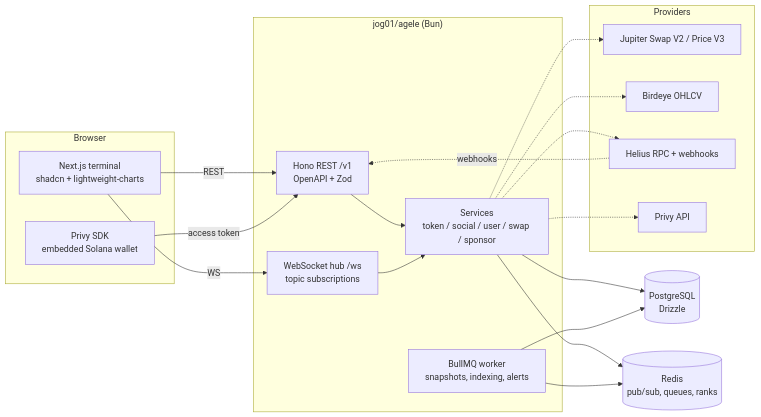
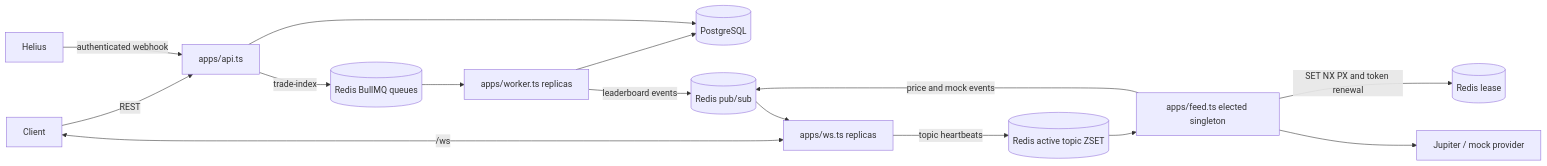
One commit to jog01/agele changed the first of 2 diagrams in docs/architecture.md. Above: the diagram before and after it, drawn with Mermaid. The commit also changed other lines of this file and 36 other files, not shown here.

Commit message:
refactor(apps): split api websocket worker and feed processes

````diff
--- a/docs/architecture.md
+++ b/docs/architecture.md
@@ -28,35 +6,17 @@
 ```mermaid
 flowchart LR
-  subgraph Browser
-    UI[Next.js terminal<br/>shadcn + lightweight-charts]
-    PRIVY[Privy SDK<br/>embedded Solana wallet]
-  end
-  subgraph API["jog01/agele (Bun)"]
-    HONO[Hono REST /v1<br/>OpenAPI + Zod]
-    WS[WebSocket hub /ws<br/>topic subscriptions]
-    SVC[Services<br/>token / social / user / swap / sponsor]
-    WORKER[BullMQ worker<br/>snapshots, indexing, alerts]
-  end
-  PG[(PostgreSQL<br/>Drizzle)]
-  REDIS[(Redis<br/>pub/sub, queues, ranks)]
-  subgraph Providers
-    JUP[Jupiter Swap V2 / Price V3]
-    BIRD[Birdeye OHLCV]
-    HEL[Helius RPC + webhooks]
-    PRIVYAPI[Privy API]
-  end
-  UI -- REST --> HONO
-  UI -- WS --> WS
-  PRIVY -- access token --> HONO
-  HONO --> SVC
-  WS --> SVC
-  SVC --> PG
-  SVC --> REDIS
-  WORKER --> PG
-  WORKER --> REDIS
-  SVC -.-> JUP
-  SVC -.-> BIRD
-  SVC -.-> HEL
-  SVC -.-> PRIVYAPI
-  HEL -. webhooks .-> HONO
+  Client -->|REST| API[apps/api.ts]
+  Client <-->|/ws| WS[apps/ws.ts replicas]
+  Helius -->|authenticated webhook| API
+  API -->|trade-index| Queues[(Redis BullMQ queues)]
+  Queues --> Worker[apps/worker.ts replicas]
+  Worker --> PG[(PostgreSQL)]
+  API --> PG
+  Worker -->|leaderboard events| Bus[(Redis pub/sub)]
+  Feed[apps/feed.ts elected singleton] -->|price and mock events| Bus
+  Bus --> WS
+  WS -->|topic heartbeats| Registry[(Redis active topic ZSET)]
+  Registry --> Feed
+  Feed -->|SET NX PX and token renewal| Lock[(Redis lease)]
+  Feed --> Market[Jupiter / mock provider]
 ```
````
